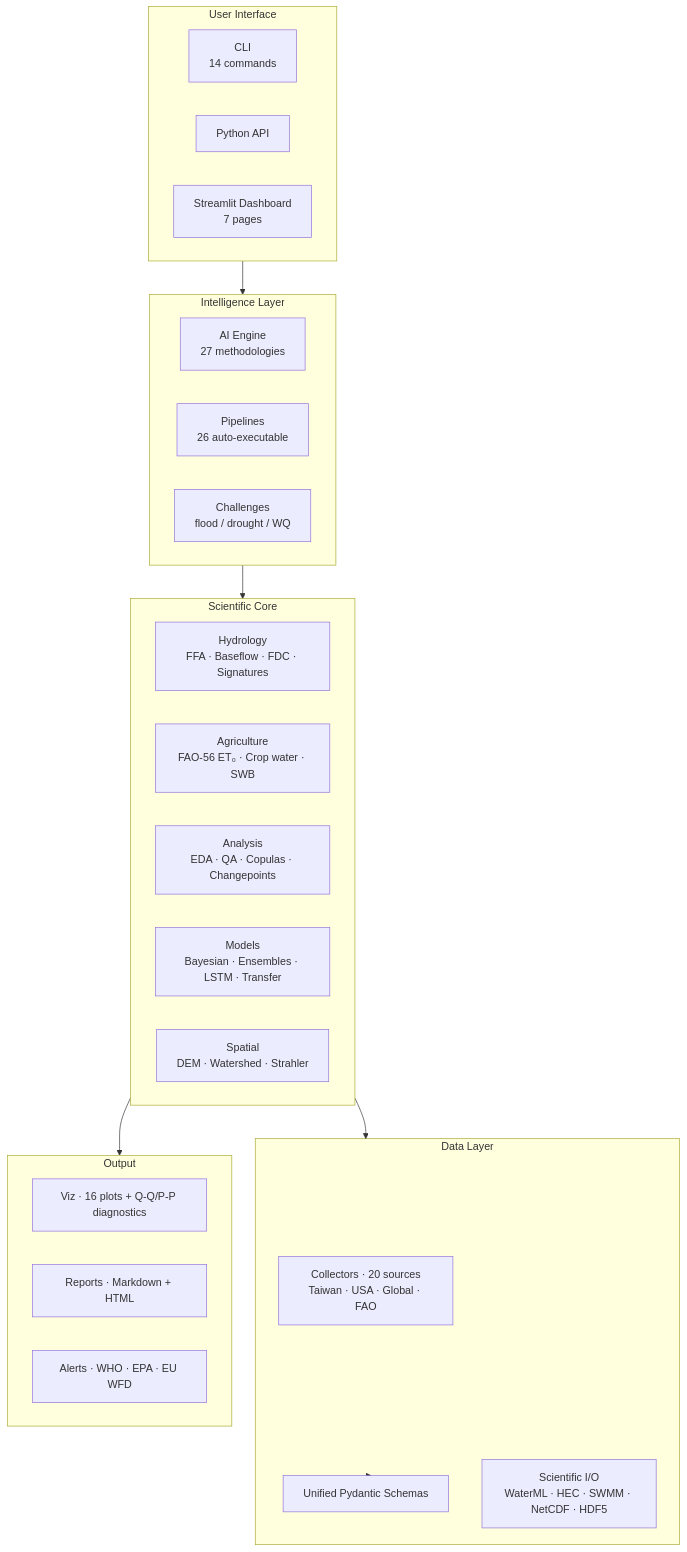
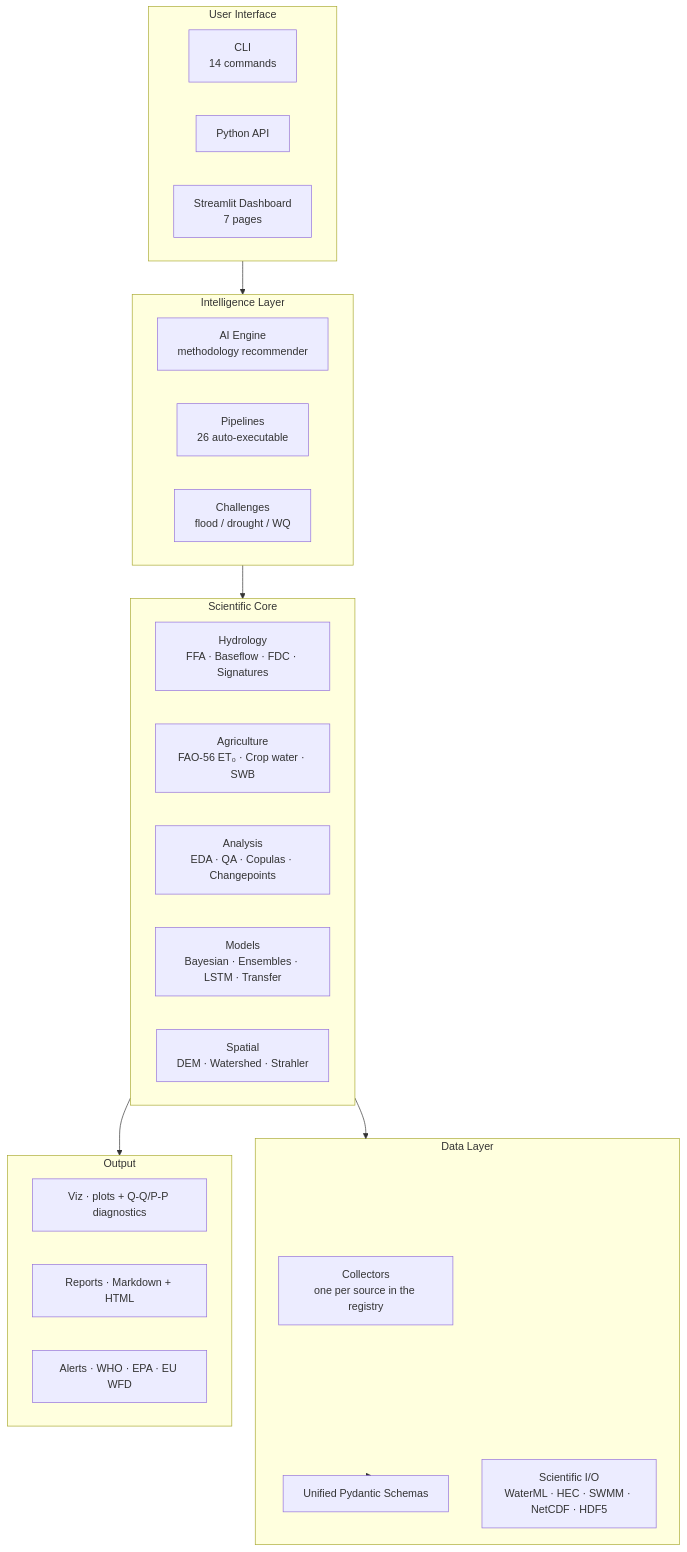
One commit to Berserker-GM/aquascope changed the diagram in docs/guides/architecture.md. Above: the diagram before and after it, drawn with Mermaid. The commit also changed other lines of this file and 2 other files, not shown here.

Commit message:
docs: drop decorative counts from the banner, architecture and troubleshooting (#453)
These figures carried no claim anyone acts on, and nothing would ever
update them (one sits in an SVG). The sentences read the same without
them. The guarded pipeline count in the architecture diagram stays.

Claude-Session: https://claude.ai/code/session_012KsQrtfMd6Kp1mtJvubzMF

````diff
--- a/docs/guides/architecture.md
+++ b/docs/guides/architecture.md
@@ -7,40 +7,40 @@
 ```mermaid
 flowchart TB
     subgraph Interface["User Interface"]
         CLI["CLI<br/>14 commands"]
         API["Python API"]
         DASH["Streamlit Dashboard<br/>7 pages"]
     end
 
     subgraph Intelligence["Intelligence Layer"]
-        AI["AI Engine<br/>27 methodologies"]
+        AI["AI Engine<br/>methodology recommender"]
         PIPE["Pipelines<br/>26 auto-executable"]
         CHAL["Challenges<br/>flood / drought / WQ"]
     end
 
     subgraph Science["Scientific Core"]
         HYD["Hydrology<br/>FFA · Baseflow · FDC · Signatures"]
         AGRI["Agriculture<br/>FAO-56 ET₀ · Crop water · SWB"]
         ANA["Analysis<br/>EDA · QA · Copulas · Changepoints"]
         MODEL["Models<br/>Bayesian · Ensembles · LSTM · Transfer"]
         SPATIAL["Spatial<br/>DEM · Watershed · Strahler"]
     end
 
     subgraph Data["Data Layer"]
-        COL["Collectors · 20 sources<br/>Taiwan · USA · Global · FAO"]
+        COL["Collectors<br/>one per source in the registry"]
         SCHEMA["Unified Pydantic Schemas"]
         IO["Scientific I/O<br/>WaterML · HEC · SWMM · NetCDF · HDF5"]
     end
 
     subgraph Output["Output"]
-        VIZ["Viz · 16 plots + Q-Q/P-P diagnostics"]
+        VIZ["Viz · plots + Q-Q/P-P diagnostics"]
         REP["Reports · Markdown + HTML"]
         ALERT["Alerts · WHO · EPA · EU WFD"]
     end
 
     Interface --> Intelligence
     Intelligence --> Science
     Science --> Data
     Science --> Output
     Data --> SCHEMA
 ```
````
